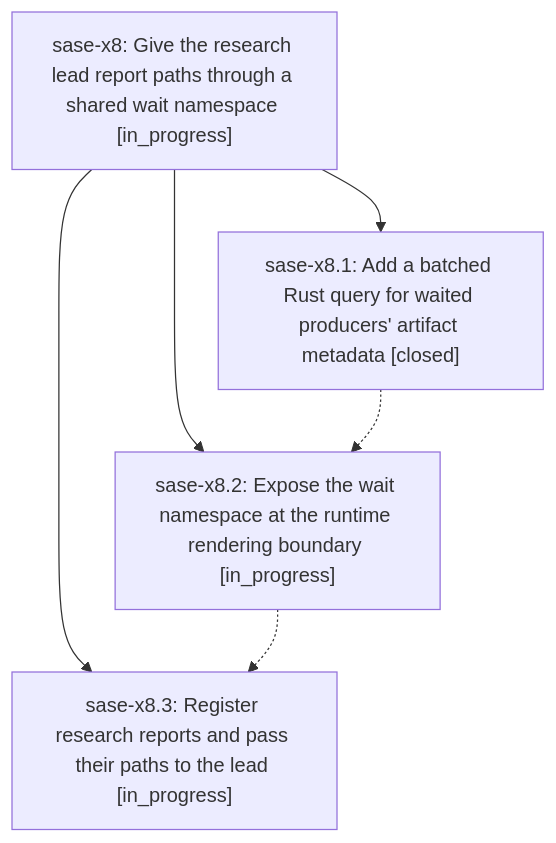
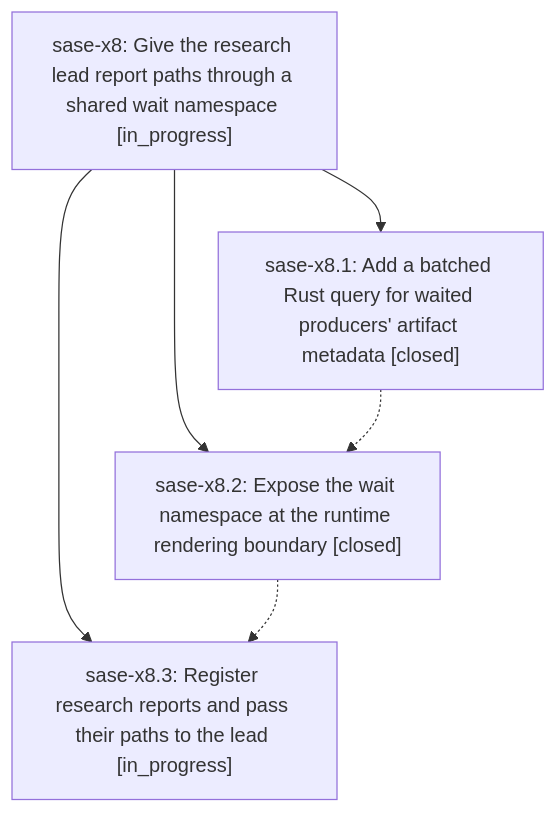
Before and after one commit to sase-org/sase--beads: the diagram in pages/sase-x8/README.md, drawn with Mermaid. The commit also changed other lines of this file and 3 other files, not shown here.

````diff
--- a/pages/sase-x8/README.md
+++ b/pages/sase-x8/README.md
@@ -36,12 +36,12 @@
 ```mermaid
 flowchart TD
     n0["sase-x8: Give the research lead report paths through a shared wait namespace [in_progress]"]
     n1["sase-x8.1: Add a batched Rust query for waited producers' artifact metadata [closed]"]
-    n2["sase-x8.2: Expose the wait namespace at the runtime rendering boundary [in_progress]"]
+    n2["sase-x8.2: Expose the wait namespace at the runtime rendering boundary [closed]"]
     n3["sase-x8.3: Register research reports and pass their paths to the lead [in_progress]"]
     n0 --> n1
     n0 --> n2
     n0 --> n3
     n1 -.-> n2
     n2 -.-> n3
 ```
````
